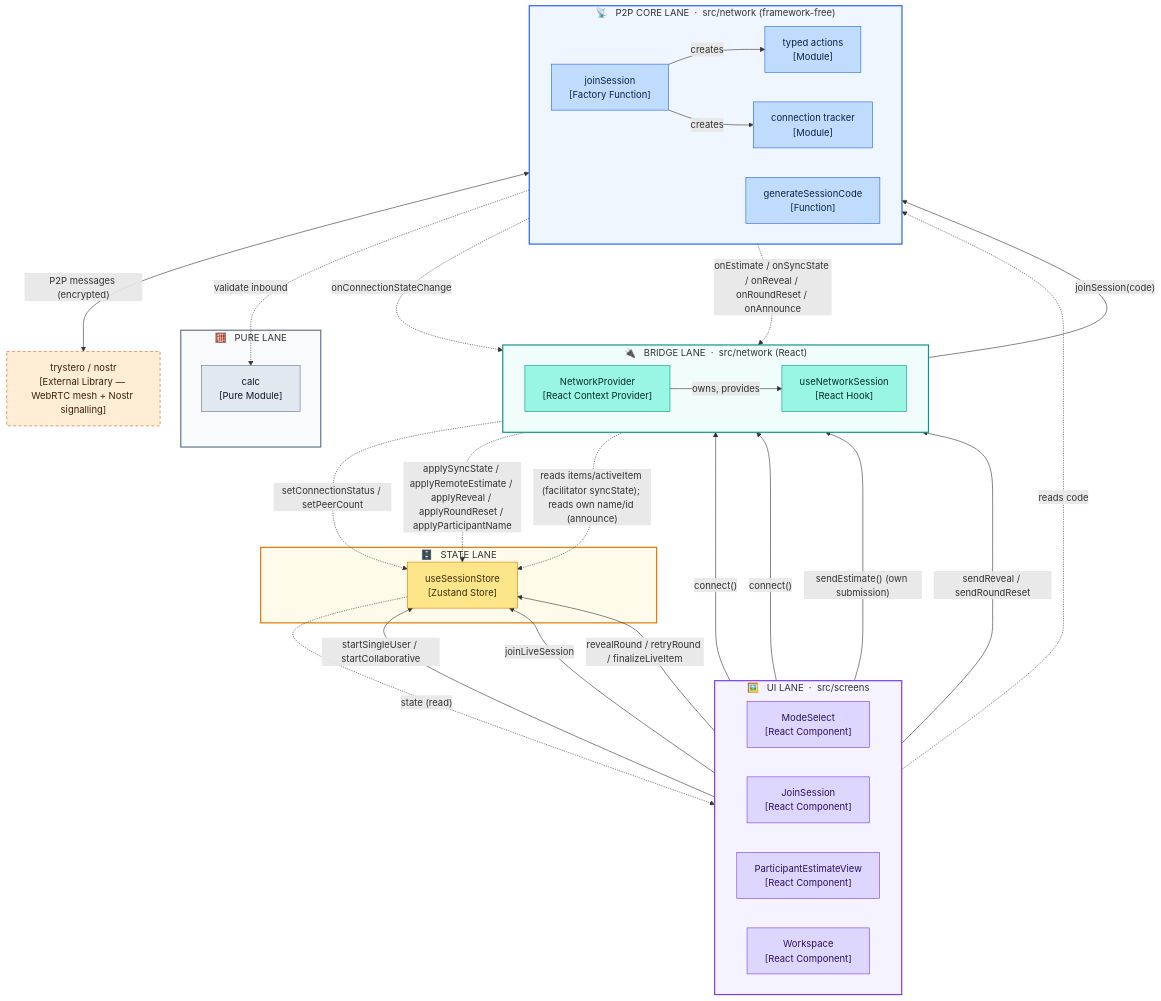
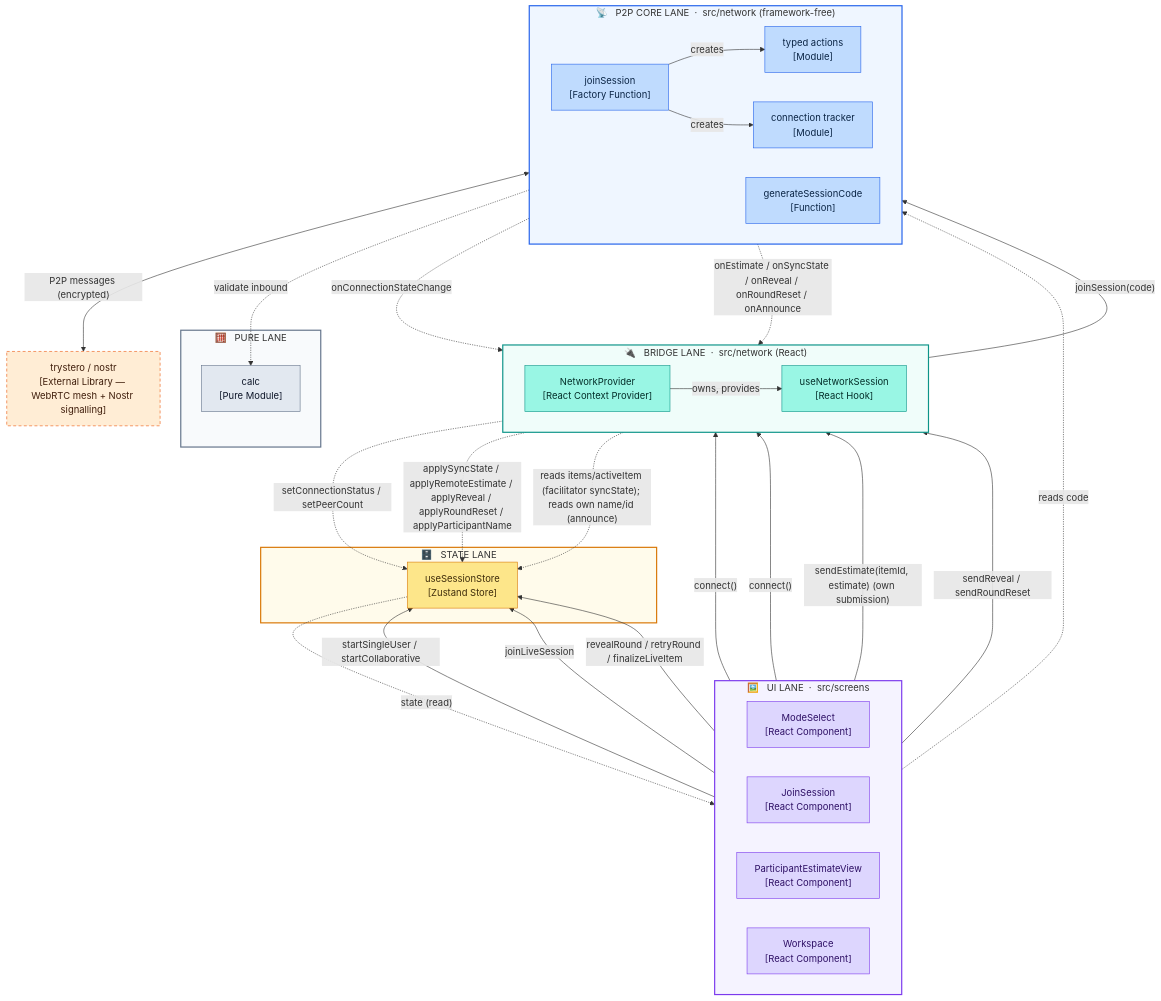
The first of 5 diagrams in docs/concepts/collaboration-mode.md (cfisch3r/estimate), drawn with Mermaid before and after one commit. The commit also changed other lines of this file and 11 other files, not shown here.

````diff
--- a/docs/concepts/collaboration-mode.md
+++ b/docs/concepts/collaboration-mode.md
@@ -23,79 +23,79 @@
 ```mermaid
 flowchart TD
   subgraph screens["🖼️ &nbsp; UI LANE &nbsp;·&nbsp; src/screens"]
     direction LR
     MS["ModeSelect<br/>[React Component]"]
     JS["JoinSession<br/>[React Component]"]
     PEV["ParticipantEstimateView<br/>[React Component]"]
     WS["Workspace<br/>[React Component]"]
   end
 
   subgraph statelane["🗄️ &nbsp; STATE LANE"]
     Store["useSessionStore<br/>[Zustand Store]"]
   end
 
   subgraph bridge["🔌 &nbsp; BRIDGE LANE &nbsp;·&nbsp; src/network (React)"]
     direction LR
     NP["NetworkProvider<br/>[React Context Provider]"]
     Hook["useNetworkSession<br/>[React Hook]"]
   end
 
   subgraph core["📡 &nbsp; P2P CORE LANE &nbsp;·&nbsp; src/network (framework-free)"]
     direction LR
     JSN["joinSession<br/>[Factory Function]"]
     Act["typed actions<br/>[Module]"]
     Conn["connection tracker<br/>[Module]"]
     Code["generateSessionCode<br/>[Function]"]
   end
 
   subgraph purelane["🧮 &nbsp; PURE LANE"]
     Calc["calc<br/>[Pure Module]"]
   end
 
   Trystero["trystero / nostr<br/>[External Library — WebRTC mesh + Nostr signalling]"]
 
   %% --- synchronous calls (solid) ---
   MS -->|"startSingleUser / startCollaborative"| Store
   JS -->|"joinLiveSession"| Store
   MS -->|"connect()"| Hook
   JS -->|"connect()"| Hook
   MS -.->|"reads code"| Code
   NP -->|"owns, provides"| Hook
   Hook -->|"joinSession(code)"| JSN
-  PEV -->|"sendEstimate() (own submission)"| Hook
+  PEV -->|"sendEstimate(itemId, estimate) (own submission)"| Hook
   WS -->|"revealRound / retryRound / finalizeLiveItem"| Store
   WS -->|"sendReveal / sendRoundReset"| Hook
   JSN -->|"creates"| Act
   JSN -->|"creates"| Conn
   Act <-->|"P2P messages (encrypted)"| Trystero
   Act -.->|"validate inbound"| Calc
 
   %% --- asynchronous events / reads (dotted) ---
   Conn -.->|"onConnectionStateChange"| Hook
   Act -.->|"onEstimate / onSyncState / onReveal / onRoundReset / onAnnounce"| NP
   Hook -.->|"setConnectionStatus / setPeerCount"| Store
   NP -.->|"applySyncState / applyRemoteEstimate / applyReveal / applyRoundReset / applyParticipantName"| Store
   NP -.->|"reads items/activeItem (facilitator syncState); reads own name/id (announce)"| Store
   Store -.->|"state (read)"| screens
 
   %% --- lane + node colours ---
   classDef ui     fill:#DDD6FE,stroke:#7C3AED,color:#2E1065
   classDef state  fill:#FDE68A,stroke:#D97706,color:#3F2D0B
   classDef br     fill:#99F6E4,stroke:#0D9488,color:#042F2A
   classDef pcore  fill:#BFDBFE,stroke:#2563EB,color:#0B2545
   classDef pure   fill:#E2E8F0,stroke:#64748B,color:#0F172A
   classDef ext    fill:#FFEDD5,stroke:#EA580C,color:#3F1D0B,stroke-dasharray:5 4
 
   class MS,JS,PEV,WS ui
   class Store state
   class NP,Hook br
   class JSN,Act,Conn,Code pcore
   class Calc pure
   class Trystero ext
 
   style screens   fill:#F5F3FF,stroke:#7C3AED,stroke-width:2px
   style statelane fill:#FFFBEB,stroke:#D97706,stroke-width:2px
   style bridge    fill:#F0FDFA,stroke:#0D9488,stroke-width:2px
   style core      fill:#EFF6FF,stroke:#2563EB,stroke-width:2px
   style purelane  fill:#F8FAFC,stroke:#64748B,stroke-width:2px
 ```
````
